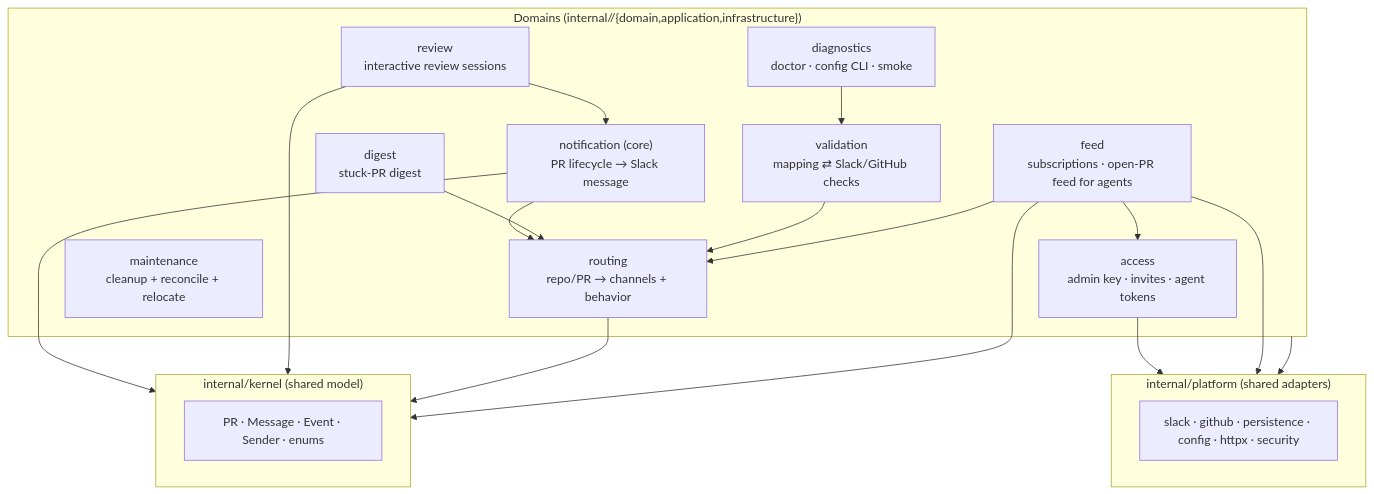
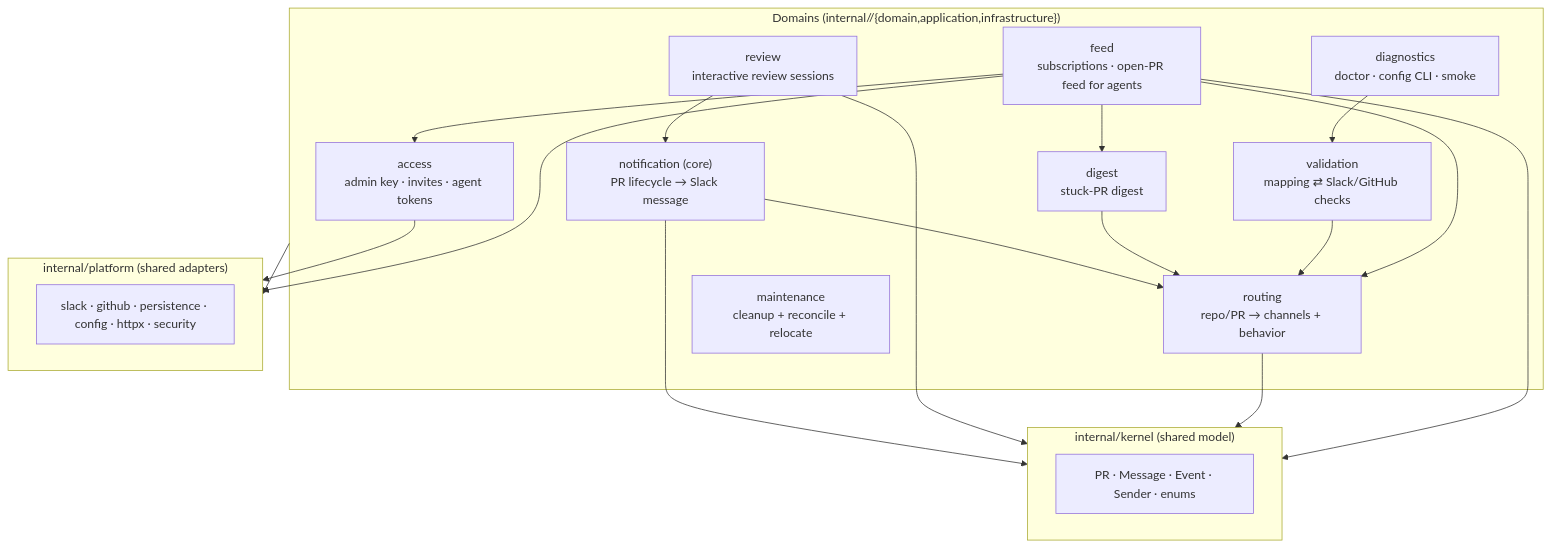
Before and after one commit to mptooling/notifycat: the diagram in ARCHITECTURE.md, drawn with Mermaid. The commit also changed other lines of this file and 6 other files, not shown here.

````diff
--- a/ARCHITECTURE.md
+++ b/ARCHITECTURE.md
@@ -64,34 +64,35 @@
 ```mermaid
 flowchart TB
   subgraph domains["Domains (internal/<domain>/{domain,application,infrastructure})"]
     notification["notification (core)<br/>PR lifecycle → Slack message"]
     review["review<br/>interactive review sessions"]
     routing["routing<br/>repo/PR → channels + behavior"]
     validation["validation<br/>mapping ⇄ Slack/GitHub checks"]
     digest["digest<br/>stuck-PR digest"]
     maintenance["maintenance<br/>cleanup + reconcile + relocate"]
     diagnostics["diagnostics<br/>doctor · config CLI · smoke"]
     access["access<br/>admin key · invites · agent tokens"]
     feed["feed<br/>subscriptions · open-PR feed for agents"]
   end
   subgraph kernel["internal/kernel (shared model)"]
     k["PR · Message · Event · Sender · enums"]
   end
   subgraph platform["internal/platform (shared adapters)"]
     p["slack · github · persistence · config · httpx · security"]
   end
   notification --> kernel
   review --> kernel
   routing --> kernel
   notification --> routing
   review --> notification
   digest --> routing
   validation --> routing
   diagnostics --> validation
   access --> platform
   feed --> kernel
   feed --> routing
   feed --> access
+  feed --> digest
   feed --> platform
   domains --> platform
 ```
````
